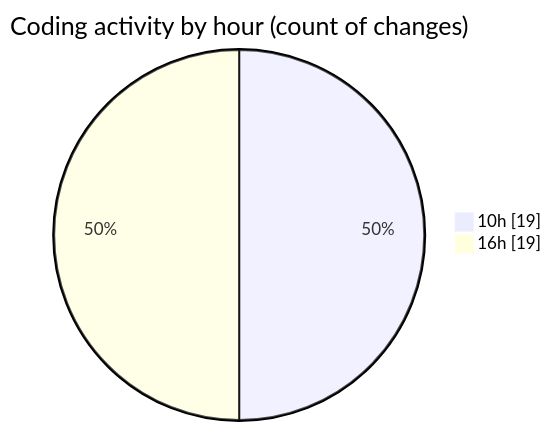
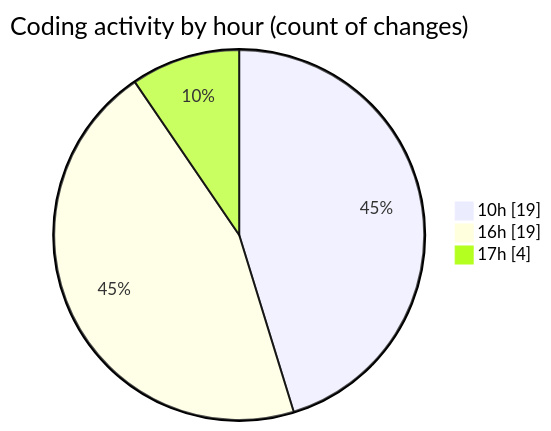
One commit to robertbonfada/code-tracking changed the second of 2 diagrams in 2025-01-20/mbc-web/README.md. Above: the diagram before and after it, drawn with Mermaid. The commit also changed other lines of this file and 1 other file, not shown here.

````diff
--- a/2025-01-20/mbc-web/README.md
+++ b/2025-01-20/mbc-web/README.md
@@ -43,6 +43,7 @@
 ```mermaid
 pie showData
 title Coding activity by hour (count of changes)
 "10h" : 19
 "16h" : 19
+"17h" : 4
 ```
````
